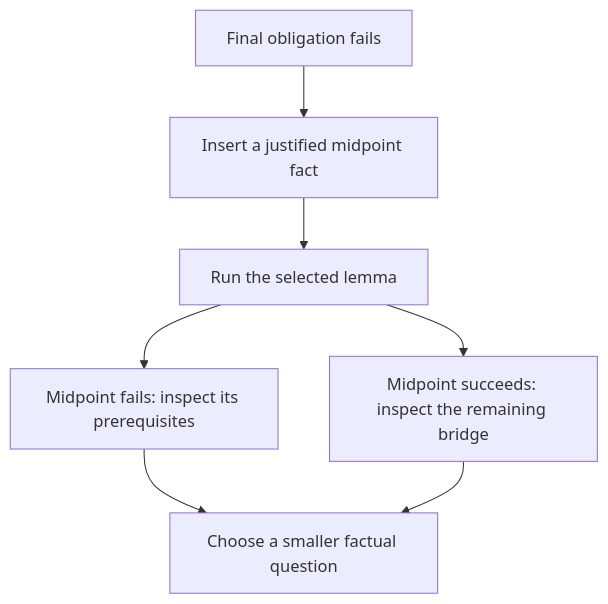
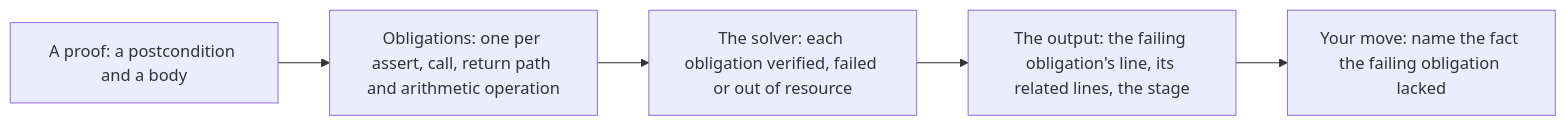
One commit to leobwang/dafny-verus-learn-0 changed the first of 3 diagrams in docs/R05_NoGoalState.md. Above: the diagram before and after it, drawn with Mermaid. The commit also changed other lines of this file and 43 other files, not shown here.

````diff
--- a/docs/R05_NoGoalState.md
+++ b/docs/R05_NoGoalState.md
@@ -123,9 +141,7 @@
 ```mermaid
-flowchart TD
-  target["Final obligation fails"] --> midpoint["Insert a justified midpoint fact"]
-  midpoint --> result["Run the selected lemma"]
-  result --> early["Midpoint fails: inspect its prerequisites"]
-  result --> late["Midpoint succeeds: inspect the remaining bridge"]
-  early --> smaller["Choose a smaller factual question"]
-  late --> smaller
+flowchart LR
+  P["A proof: a postcondition and a body"] --> O["Obligations: one per assert, call, return path and arithmetic operation"]
+  O --> V["The solver: each obligation verified, failed or out of resource"]
+  V --> L["The output: the failing obligation's line, its related lines, the stage"]
+  L --> F["Your move: name the fact the failing obligation lacked"]
 ```
````
